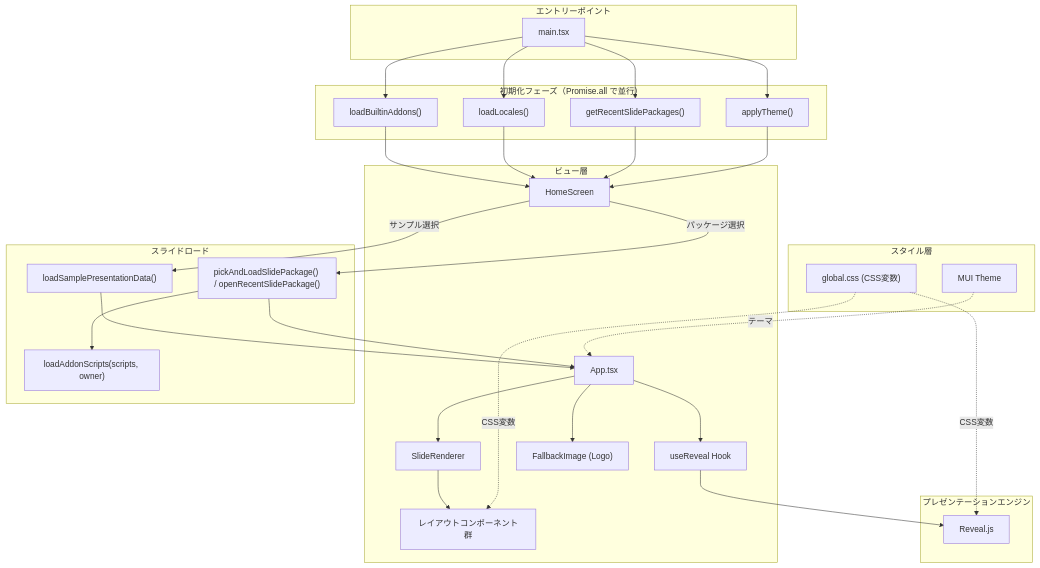
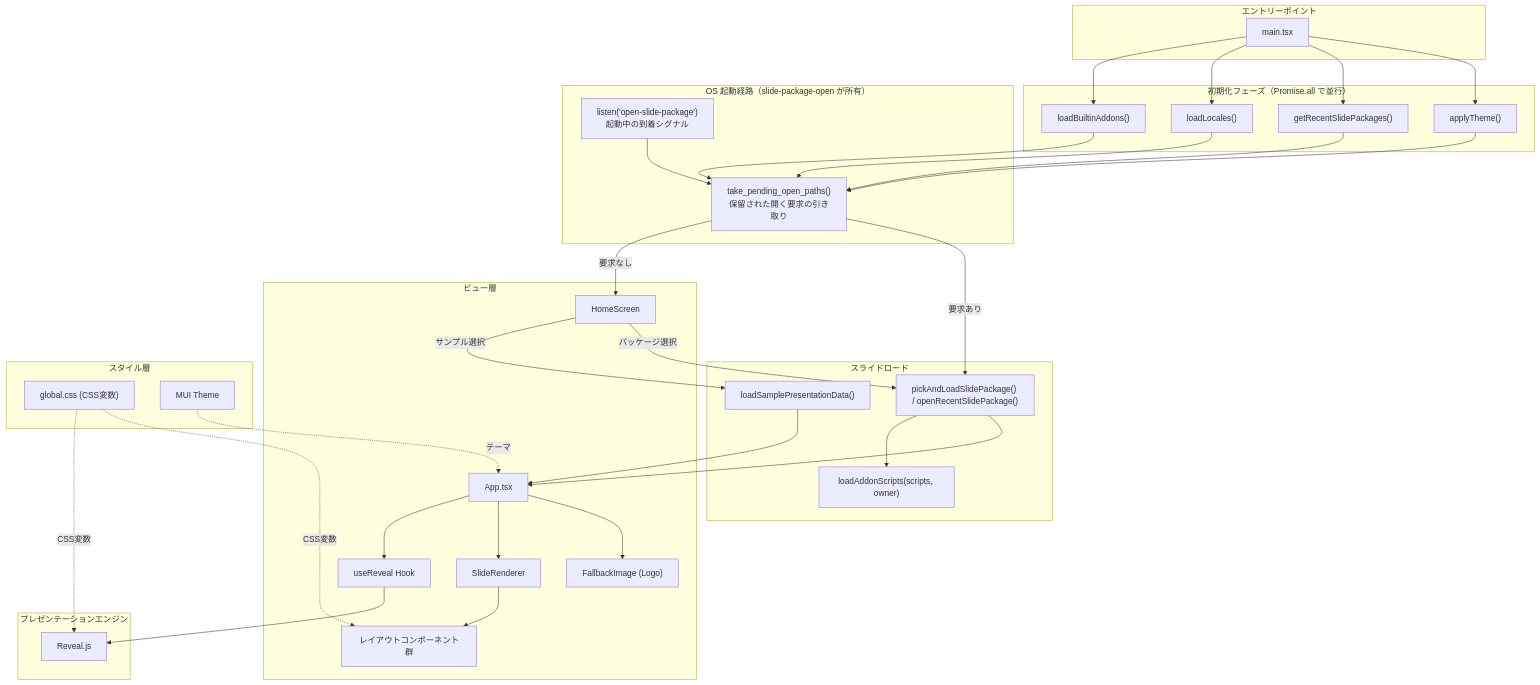
The diagram in .sdd/specification/presentation-foundation_design.md (ToshikiImagawa/slide-presentation-app), drawn with Mermaid before and after one commit. The commit also changed other lines of this file and 9 other files, not shown here.

````diff
--- a/.sdd/specification/presentation-foundation_design.md
+++ b/.sdd/specification/presentation-foundation_design.md
@@ -78,59 +80,67 @@
 ```mermaid
 graph TD
     subgraph "エントリーポイント"
         Main["main.tsx"]
     end
 
     subgraph "初期化フェーズ（Promise.all で並行）"
         LoadBuiltin["loadBuiltinAddons()"]
         LoadLocales["loadLocales()"]
         GetRecent["getRecentSlidePackages()"]
         ApplyTheme["applyTheme()"]
+    end
+
+    subgraph "OS 起動経路（slide-package-open が所有）"
+        TakePending["take_pending_open_paths()<br/>保留された開く要求の引き取り"]
+        Signal["listen('open-slide-package')<br/>起動中の到着シグナル"]
     end
 
     subgraph "ビュー層"
         Home["HomeScreen"]
         App["App.tsx"]
         UseReveal["useReveal Hook"]
         SlideRenderer["SlideRenderer"]
         Layouts["レイアウトコンポーネント群"]
         Logo["FallbackImage (Logo)"]
     end
 
     subgraph "スライドロード"
         LoadSample["loadSamplePresentationData()"]
         LoadPackage["pickAndLoadSlidePackage() / openRecentSlidePackage()"]
         LoadAddonScripts["loadAddonScripts(scripts, owner)"]
     end
 
     subgraph "プレゼンテーションエンジン"
         RevealJS["Reveal.js"]
     end
 
     subgraph "スタイル層"
         GlobalCSS["global.css (CSS変数)"]
         MUITheme["MUI Theme"]
     end
 
     Main --> LoadBuiltin
     Main --> LoadLocales
     Main --> GetRecent
     Main --> ApplyTheme
-    LoadBuiltin --> Home
-    LoadLocales --> Home
-    GetRecent --> Home
-    ApplyTheme --> Home
+    LoadBuiltin --> TakePending
+    LoadLocales --> TakePending
+    GetRecent --> TakePending
+    ApplyTheme --> TakePending
+    Signal --> TakePending
+    TakePending -->|要求なし| Home
+    TakePending -->|要求あり| LoadPackage
     Home -->|サンプル選択| LoadSample
     Home -->|パッケージ選択| LoadPackage
     LoadPackage --> LoadAddonScripts
     LoadSample --> App
     LoadPackage --> App
     App --> UseReveal
     App --> SlideRenderer
     App --> Logo
     SlideRenderer --> Layouts
     UseReveal --> RevealJS
     GlobalCSS -.->|CSS変数| RevealJS
     GlobalCSS -.->|CSS変数| Layouts
     MUITheme -.->|テーマ| App
 ```
````
